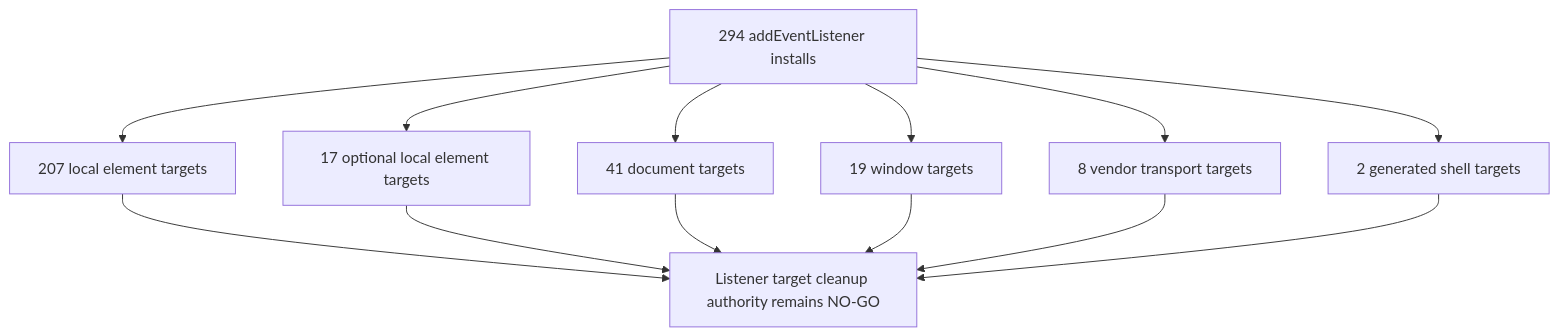
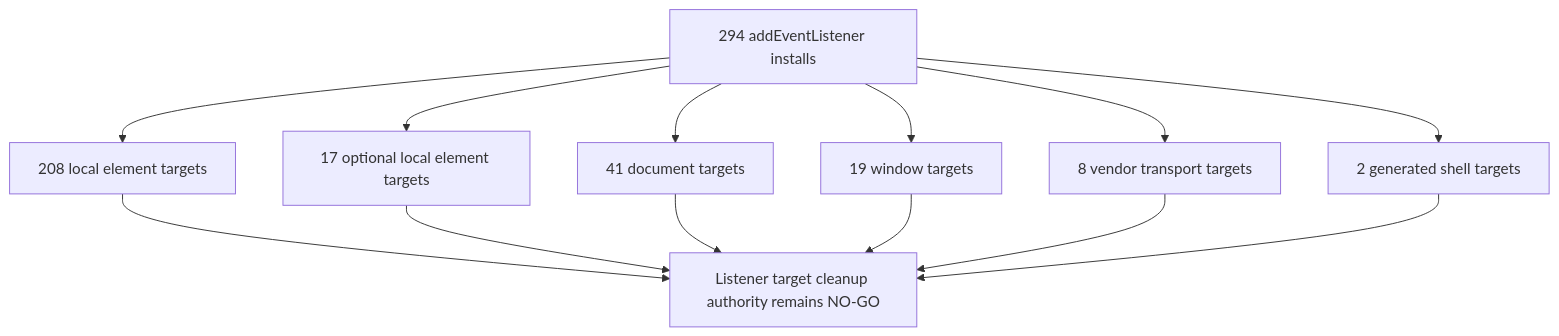
Before and after one commit to varshneydevansh/FilterTube: the fourth of 47 diagrams in docs/audit/FILTERTUBE_LIFECYCLE_INSTANCE_REGISTER_2026-05-18.md, drawn with Mermaid. The commit also changed other lines of this file and 616 other files, not shown here.

````diff
--- a/docs/audit/FILTERTUBE_LIFECYCLE_INSTANCE_REGISTER_2026-05-18.md
+++ b/docs/audit/FILTERTUBE_LIFECYCLE_INSTANCE_REGISTER_2026-05-18.md
@@ -351,15 +351,15 @@
 ```mermaid
 flowchart TD
-  A["294 addEventListener installs"] --> B["207 local element targets"]
+  A["294 addEventListener installs"] --> B["208 local element targets"]
   A --> C["17 optional local element targets"]
   A --> D["41 document targets"]
   A --> E["19 window targets"]
   A --> F["8 vendor transport targets"]
   A --> G["2 generated shell targets"]
   B --> H["Listener target cleanup authority remains NO-GO"]
   C --> H
   D --> H
   E --> H
   F --> H
   G --> H
 ```
````
